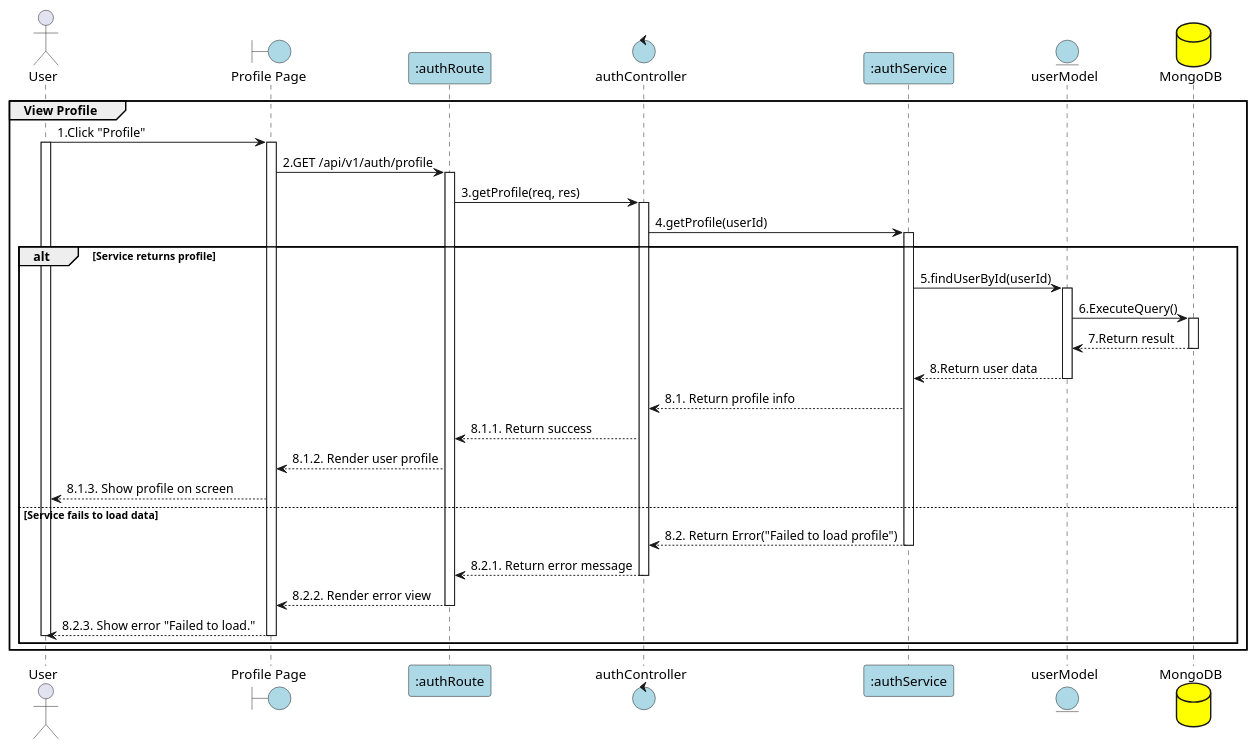
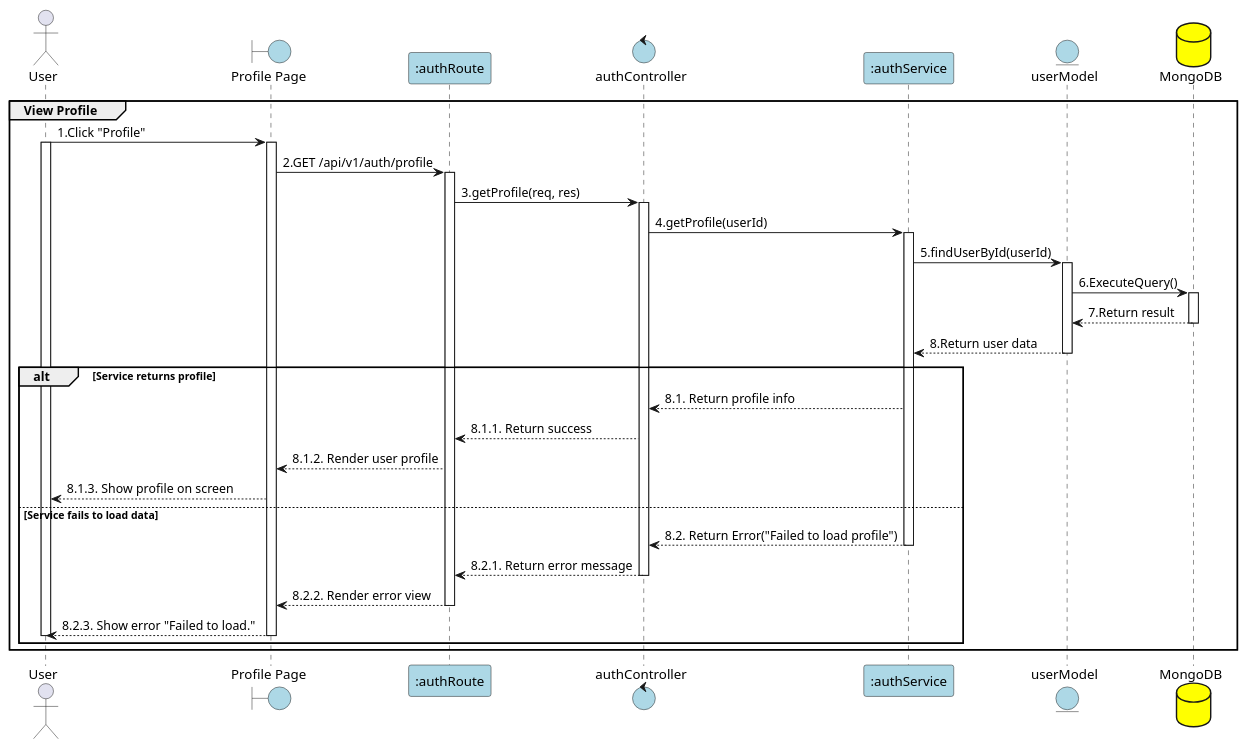
One commit to Aohkne/CaloCook changed the diagram in PlanUML/6_viewProfile.puml. Above: the diagram before and after it, drawn with PlantUML. The commit also changed other lines of this file and 17 other files, not shown here.

```diff
--- a/PlanUML/6_viewProfile.puml
+++ b/PlanUML/6_viewProfile.puml
@@ -1,60 +1,60 @@
 @startuml ViewProfile
 
 actor User
 boundary "Profile Page" as View #lightblue
 participant ":authRoute" as Route #lightblue
 control "authController" as Controller #lightblue
 participant ":authService" as Service #lightblue
 entity "userModel" as Model #lightblue
 database "MongoDB" as MongoDB #yellow
 
 group View Profile
 User -> View: 1.Click "Profile"
 activate View
 activate User
 
 View -> Route: 2.GET /api/v1/auth/profile
 activate Route
 
 Route -> Controller: 3.getProfile(req, res)
 activate Controller
 
 Controller -> Service: 4.getProfile(userId)
 activate Service
 
-alt Service returns profile
+
     Service -> Model: 5.findUserById(userId)
     activate Model
 
     Model -> MongoDB: 6.ExecuteQuery()
     activate MongoDB
     MongoDB --> Model: 7.Return result
     deactivate MongoDB
 
     Model --> Service: 8.Return user data
     deactivate Model
-
+alt Service returns profile
     Service --> Controller: 8.1. Return profile info
 
     Controller --> Route: 8.1.1. Return success
 
     Route --> View: 8.1.2. Render user profile
 
     View --> User: 8.1.3. Show profile on screen
 else Service fails to load data
     Service --> Controller: 8.2. Return Error("Failed to load profile")
     deactivate Service
 
     Controller --> Route: 8.2.1. Return error message
     deactivate Controller
 
     Route --> View: 8.2.2. Render error view
     deactivate Route
 
     View --> User: 8.2.3. Show error "Failed to load."
     deactivate View
     deactivate User
 end
 
 end
 @enduml
```
